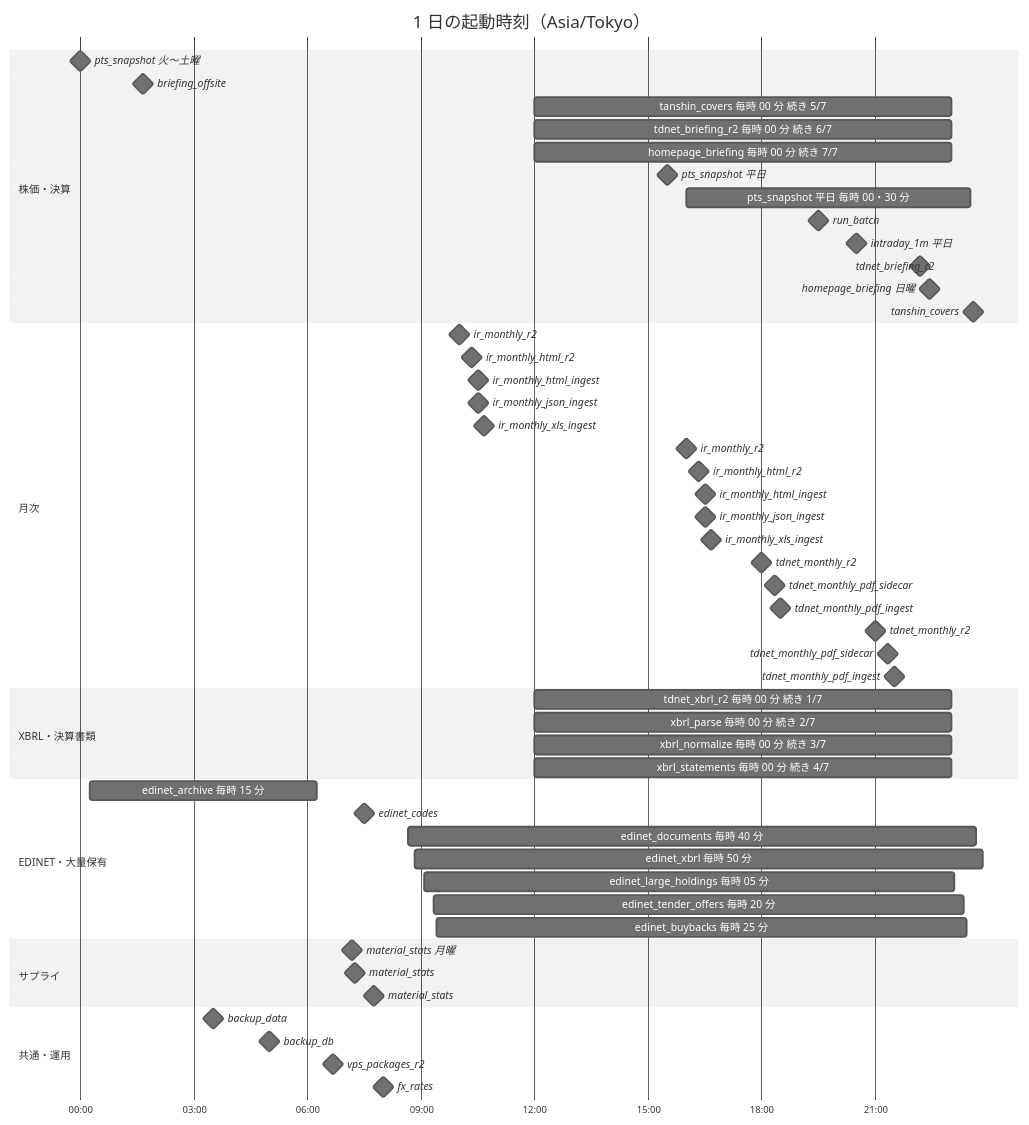
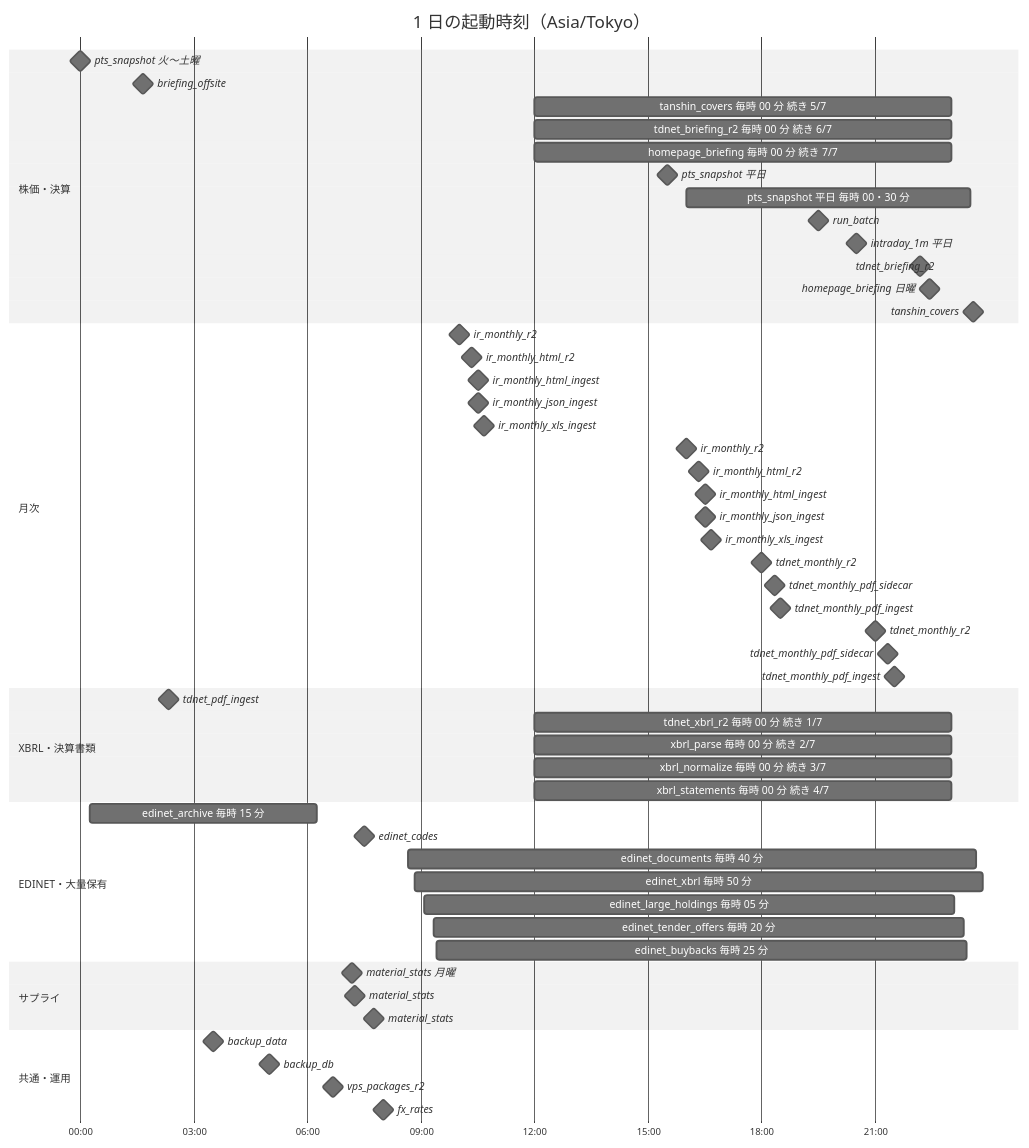
The diagram in docs/JOBS.md (pekumirui/stock-analyzer), drawn with Mermaid (neutral theme) before and after one commit. The commit also changed other lines of this file and 31 other files, not shown here.

````diff
--- a/docs/JOBS.md
+++ b/docs/JOBS.md
@@ -25,59 +25,60 @@
 ```mermaid
 gantt
   title 1 日の起動時刻（Asia/Tokyo）
   dateFormat HH:mm
   axisFormat %H:%M
   todayMarker off
   section 株価・決算
   pts_snapshot 火〜土曜 :milestone, 00:00, 0m
   briefing_offsite :milestone, 01:40, 0m
   tanshin_covers 毎時 00 分 続き 5/7 :12:00, 23:00
   tdnet_briefing_r2 毎時 00 分 続き 6/7 :12:00, 23:00
   homepage_briefing 毎時 00 分 続き 7/7 :12:00, 23:00
   pts_snapshot 平日 :milestone, 15:30, 0m
   pts_snapshot 平日 毎時 00・30 分 :16:00, 23:30
   run_batch :milestone, 19:30, 0m
   intraday_1m 平日 :milestone, 20:30, 0m
   tdnet_briefing_r2 :milestone, 22:10, 0m
   homepage_briefing 日曜 :milestone, 22:25, 0m
   tanshin_covers :milestone, 23:35, 0m
   section 月次
   ir_monthly_r2 :milestone, 10:00, 0m
   ir_monthly_html_r2 :milestone, 10:20, 0m
   ir_monthly_html_ingest :milestone, 10:30, 0m
   ir_monthly_json_ingest :milestone, 10:30, 0m
   ir_monthly_xls_ingest :milestone, 10:40, 0m
   ir_monthly_r2 :milestone, 16:00, 0m
   ir_monthly_html_r2 :milestone, 16:20, 0m
   ir_monthly_html_ingest :milestone, 16:30, 0m
   ir_monthly_json_ingest :milestone, 16:30, 0m
   ir_monthly_xls_ingest :milestone, 16:40, 0m
   tdnet_monthly_r2 :milestone, 18:00, 0m
   tdnet_monthly_pdf_sidecar :milestone, 18:20, 0m
   tdnet_monthly_pdf_ingest :milestone, 18:30, 0m
   tdnet_monthly_r2 :milestone, 21:00, 0m
   tdnet_monthly_pdf_sidecar :milestone, 21:20, 0m
   tdnet_monthly_pdf_ingest :milestone, 21:30, 0m
   section XBRL・決算書類
+  tdnet_pdf_ingest :milestone, 02:20, 0m
   tdnet_xbrl_r2 毎時 00 分 続き 1/7 :12:00, 23:00
   xbrl_parse 毎時 00 分 続き 2/7 :12:00, 23:00
   xbrl_normalize 毎時 00 分 続き 3/7 :12:00, 23:00
   xbrl_statements 毎時 00 分 続き 4/7 :12:00, 23:00
   section EDINET・大量保有
   edinet_archive 毎時 15 分 :00:15, 06:15
   edinet_codes :milestone, 07:30, 0m
   edinet_documents 毎時 40 分 :08:40, 23:40
   edinet_xbrl 毎時 50 分 :08:50, 23:50
   edinet_large_holdings 毎時 05 分 :09:05, 23:05
   edinet_tender_offers 毎時 20 分 :09:20, 23:20
   edinet_buybacks 毎時 25 分 :09:25, 23:25
   section サプライ
   material_stats 月曜 :milestone, 07:10, 0m
   material_stats :milestone, 07:15, 0m
   material_stats :milestone, 07:45, 0m
   section 共通・運用
   backup_data :milestone, 03:30, 0m
   backup_db :milestone, 05:00, 0m
   vps_packages_r2 :milestone, 06:40, 0m
   fx_rates :milestone, 08:00, 0m
 ```
````
